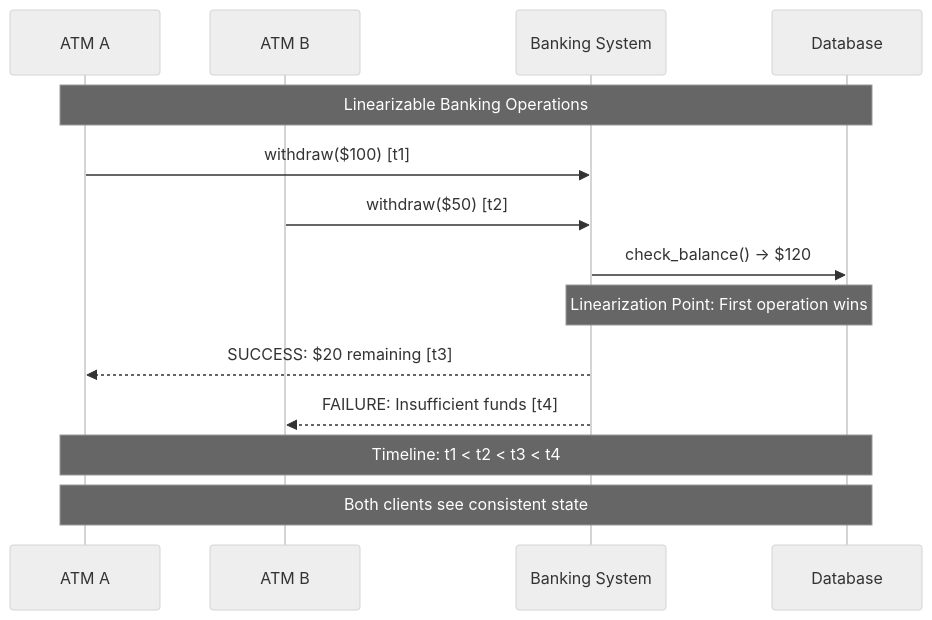
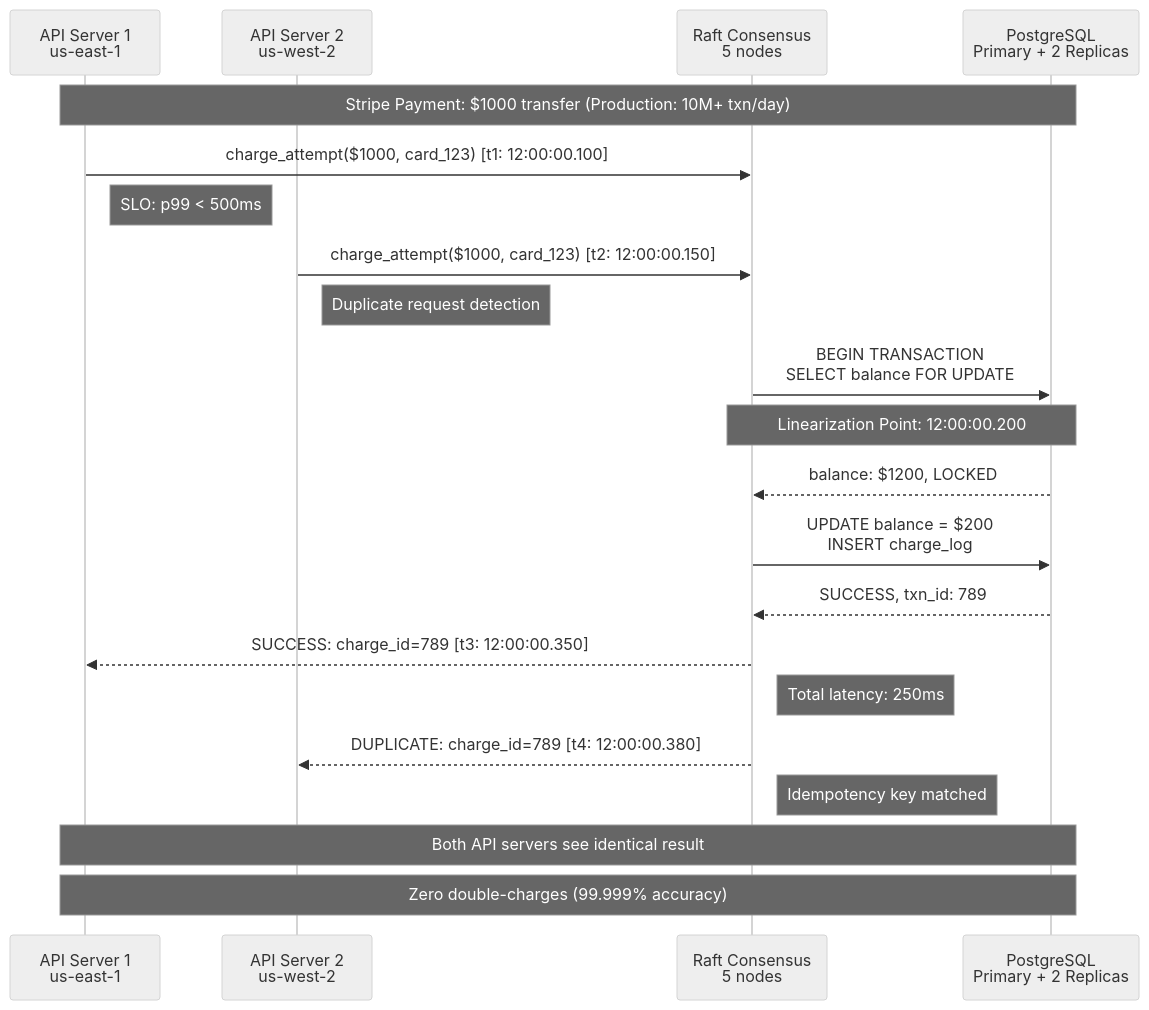
One commit to deepaucksharma/DS changed the second of 5 diagrams in site/docs/guarantees/linearizability/linearizability-concept.md. Above: the diagram before and after it, drawn with Mermaid (neutral theme). The commit also changed other lines of this file and 42 other files, not shown here.

````diff
--- a/site/docs/guarantees/linearizability/linearizability-concept.md
+++ b/site/docs/guarantees/linearizability/linearizability-concept.md
@@ -49,22 +62,31 @@
 ```mermaid
 sequenceDiagram
-    participant A as ATM A
-    participant B as ATM B
-    participant S as Banking System
-    participant D as Database
+    participant API1 as API Server 1<br/>us-east-1
+    participant API2 as API Server 2<br/>us-west-2
+    participant RAFT as Raft Consensus<br/>5 nodes
+    participant DB as PostgreSQL<br/>Primary + 2 Replicas
 
-    Note over A,D: Linearizable Banking Operations
+    Note over API1,DB: Stripe Payment: $1000 transfer (Production: 10M+ txn/day)
 
-    A->>S: withdraw($100) [t1]
-    B->>S: withdraw($50) [t2]
+    API1->>RAFT: charge_attempt($1000, card_123) [t1: 12:00:00.100]
+    Note right of API1: SLO: p99 < 500ms
 
-    S->>D: check_balance() → $120
+    API2->>RAFT: charge_attempt($1000, card_123) [t2: 12:00:00.150]
+    Note right of API2: Duplicate request detection
 
-    Note over S,D: Linearization Point: First operation wins
+    RAFT->>DB: BEGIN TRANSACTION<br/>SELECT balance FOR UPDATE
+    Note over RAFT,DB: Linearization Point: 12:00:00.200
+    DB-->>RAFT: balance: $1200, LOCKED
 
-    S-->>A: SUCCESS: $20 remaining [t3]
-    S-->>B: FAILURE: Insufficient funds [t4]
+    RAFT->>DB: UPDATE balance = $200<br/>INSERT charge_log
+    DB-->>RAFT: SUCCESS, txn_id: 789
 
-    Note over A,D: Timeline: t1 < t2 < t3 < t4
-    Note over A,D: Both clients see consistent state
+    RAFT-->>API1: SUCCESS: charge_id=789 [t3: 12:00:00.350]
+    Note right of RAFT: Total latency: 250ms
+
+    RAFT-->>API2: DUPLICATE: charge_id=789 [t4: 12:00:00.380]
+    Note right of RAFT: Idempotency key matched
+
+    Note over API1,DB: Both API servers see identical result
+    Note over API1,DB: Zero double-charges (99.999% accuracy)
 ```
````
